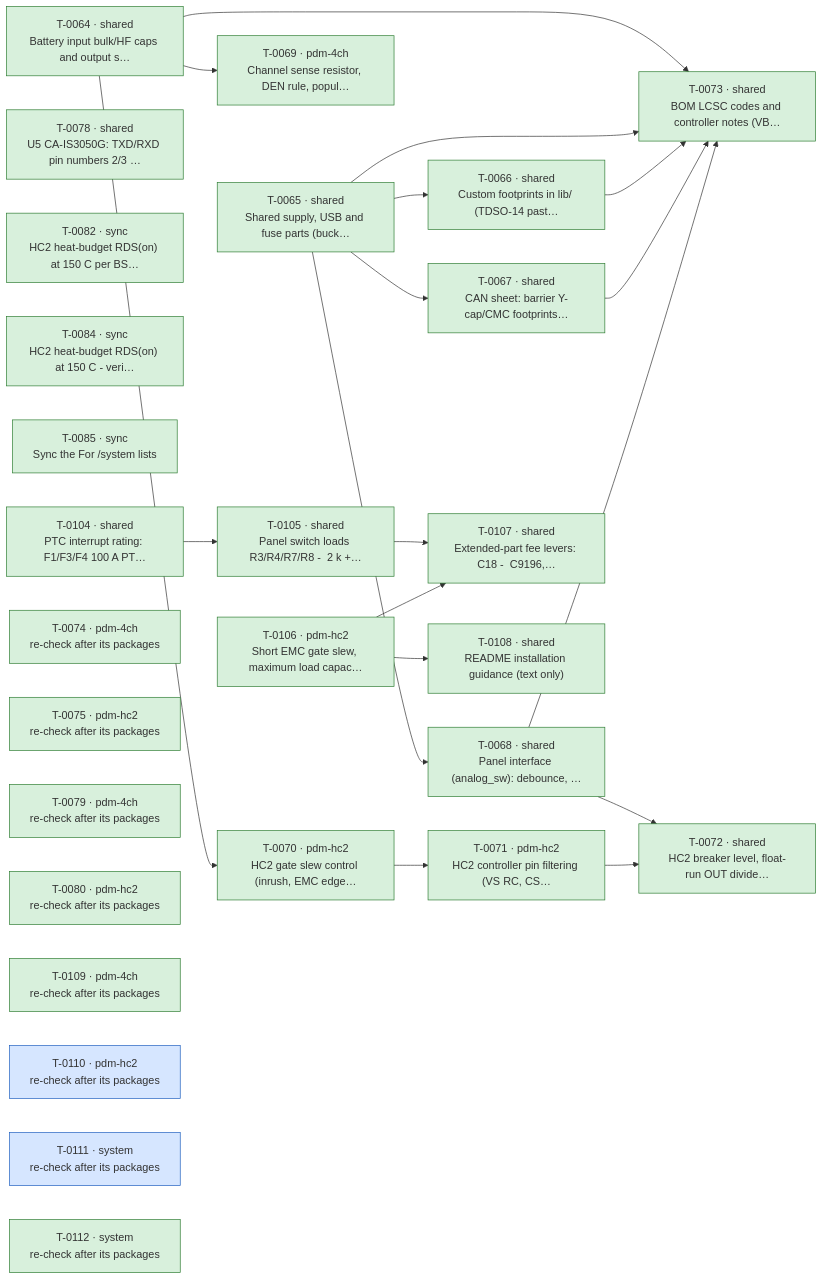
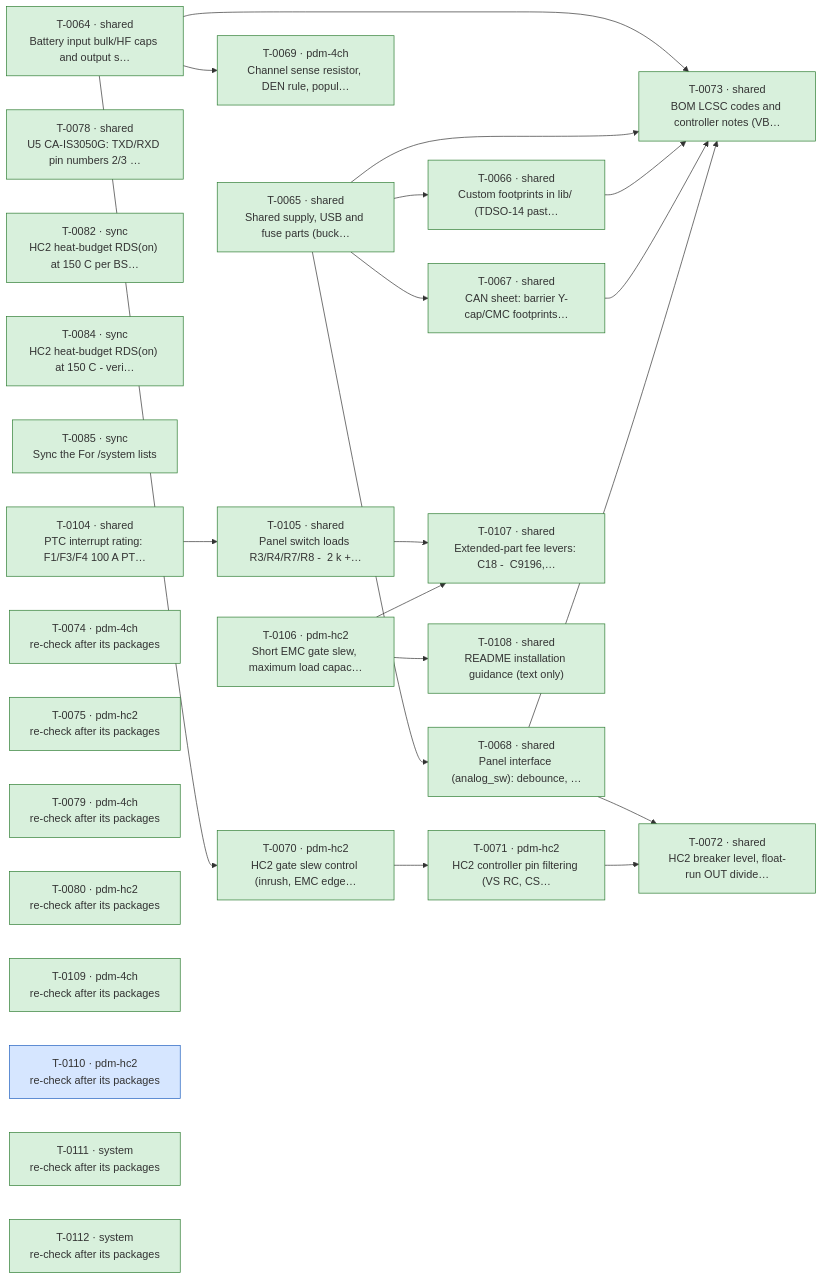
The diagram in docs/ROADMAP.md (plektra/ESP32-PDM), drawn with Mermaid before and after one commit. The commit also changed other lines of this file and 3 other files, not shown here.

````diff
--- a/docs/ROADMAP.md
+++ b/docs/ROADMAP.md
@@ -18,51 +18,51 @@
 ```mermaid
 flowchart LR
   T0064["T-0064 · shared<br/>Battery input bulk/HF caps and output s…"]:::done
   T0065["T-0065 · shared<br/>Shared supply, USB and fuse parts (buck…"]:::done
   T0066["T-0066 · shared<br/>Custom footprints in lib/ (TDSO-14 past…"]:::done
   T0067["T-0067 · shared<br/>CAN sheet: barrier Y-cap/CMC footprints…"]:::done
   T0068["T-0068 · shared<br/>Panel interface (analog_sw): debounce, …"]:::done
   T0069["T-0069 · pdm-4ch<br/>Channel sense resistor, DEN rule, popul…"]:::done
   T0070["T-0070 · pdm-hc2<br/>HC2 gate slew control (inrush, EMC edge…"]:::done
   T0071["T-0071 · pdm-hc2<br/>HC2 controller pin filtering (VS RC, CS…"]:::done
   T0072["T-0072 · shared<br/>HC2 breaker level, float-run OUT divide…"]:::done
   T0073["T-0073 · shared<br/>BOM LCSC codes and controller notes (VB…"]:::done
   T0078["T-0078 · shared<br/>U5 CA-IS3050G: TXD/RXD pin numbers 2/3 …"]:::done
   T0082["T-0082 · sync<br/>HC2 heat-budget RDS(on) at 150 C per BS…"]:::done
   T0084["T-0084 · sync<br/>HC2 heat-budget RDS(on) at 150 C - veri…"]:::done
   T0085["T-0085 · sync<br/>Sync the  For /system  lists"]:::done
   T0104["T-0104 · shared<br/>PTC interrupt rating: F1/F3/F4 100 A PT…"]:::done
   T0105["T-0105 · shared<br/>Panel switch loads R3/R4/R7/R8 -  2 k +…"]:::done
   T0106["T-0106 · pdm-hc2<br/>Short EMC gate slew, maximum load capac…"]:::done
   T0107["T-0107 · shared<br/>Extended-part fee levers: C18 -  C9196,…"]:::done
   T0108["T-0108 · shared<br/>README installation guidance (text only)"]:::done
   T0074["T-0074 · pdm-4ch<br/>re-check after its packages"]:::done
   T0075["T-0075 · pdm-hc2<br/>re-check after its packages"]:::done
   T0079["T-0079 · pdm-4ch<br/>re-check after its packages"]:::done
   T0080["T-0080 · pdm-hc2<br/>re-check after its packages"]:::done
   T0109["T-0109 · pdm-4ch<br/>re-check after its packages"]:::done
   T0110["T-0110 · pdm-hc2<br/>re-check after its packages"]:::running
-  T0111["T-0111 · system<br/>re-check after its packages"]:::running
+  T0111["T-0111 · system<br/>re-check after its packages"]:::done
   T0112["T-0112 · system<br/>re-check after its packages"]:::done
   T0065 --> T0066
   T0065 --> T0067
   T0065 --> T0068
   T0064 --> T0069
   T0064 --> T0070
   T0070 --> T0071
   T0068 --> T0072
   T0071 --> T0072
   T0064 --> T0073
   T0065 --> T0073
   T0066 --> T0073
   T0067 --> T0073
   T0068 --> T0073
   T0104 --> T0105
   T0105 --> T0107
   T0106 --> T0107
   T0106 --> T0108
   classDef done fill:#d8f0dc,stroke:#2e7d32
   classDef running fill:#d6e6ff,stroke:#1f5fbf
   classDef ready fill:#f2f2f2,stroke:#888
   classDef failed fill:#f9d9d9,stroke:#b3261e
 ```
````
